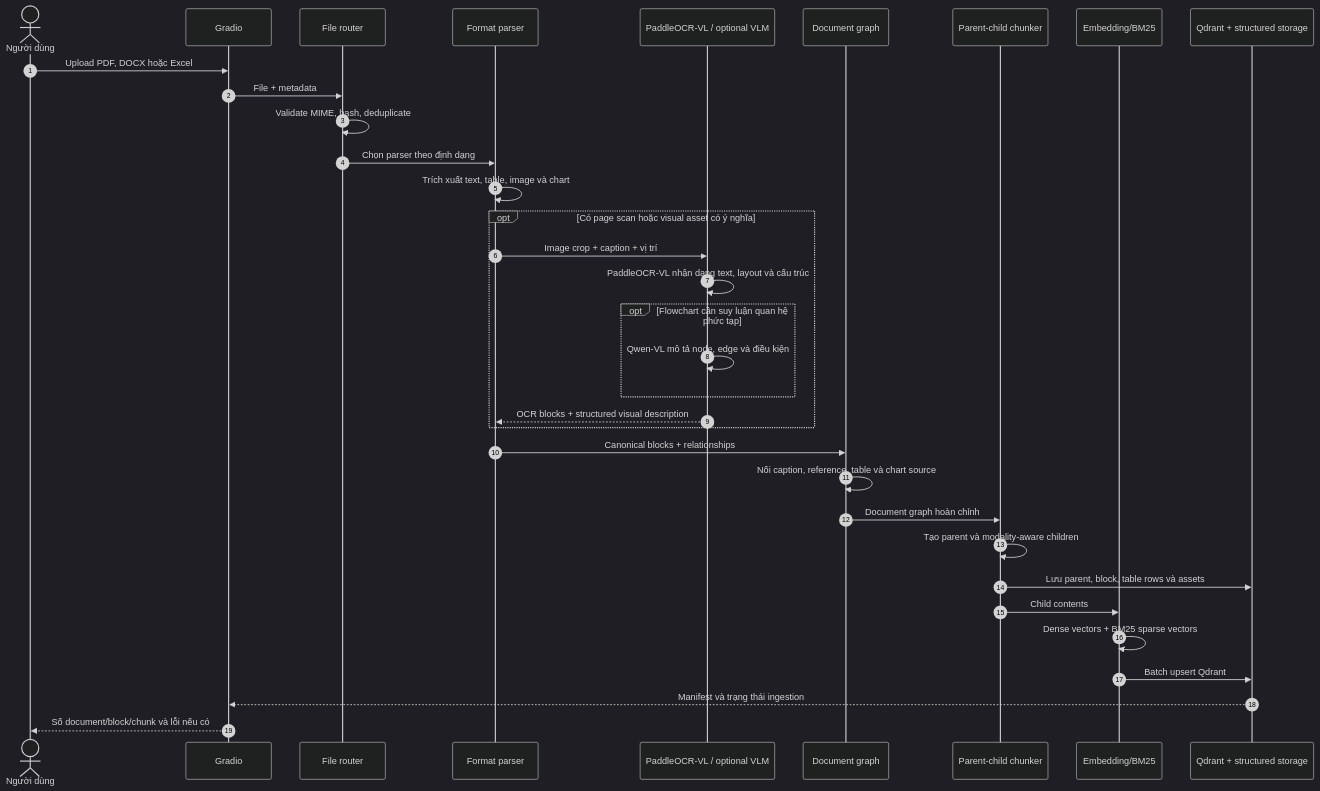
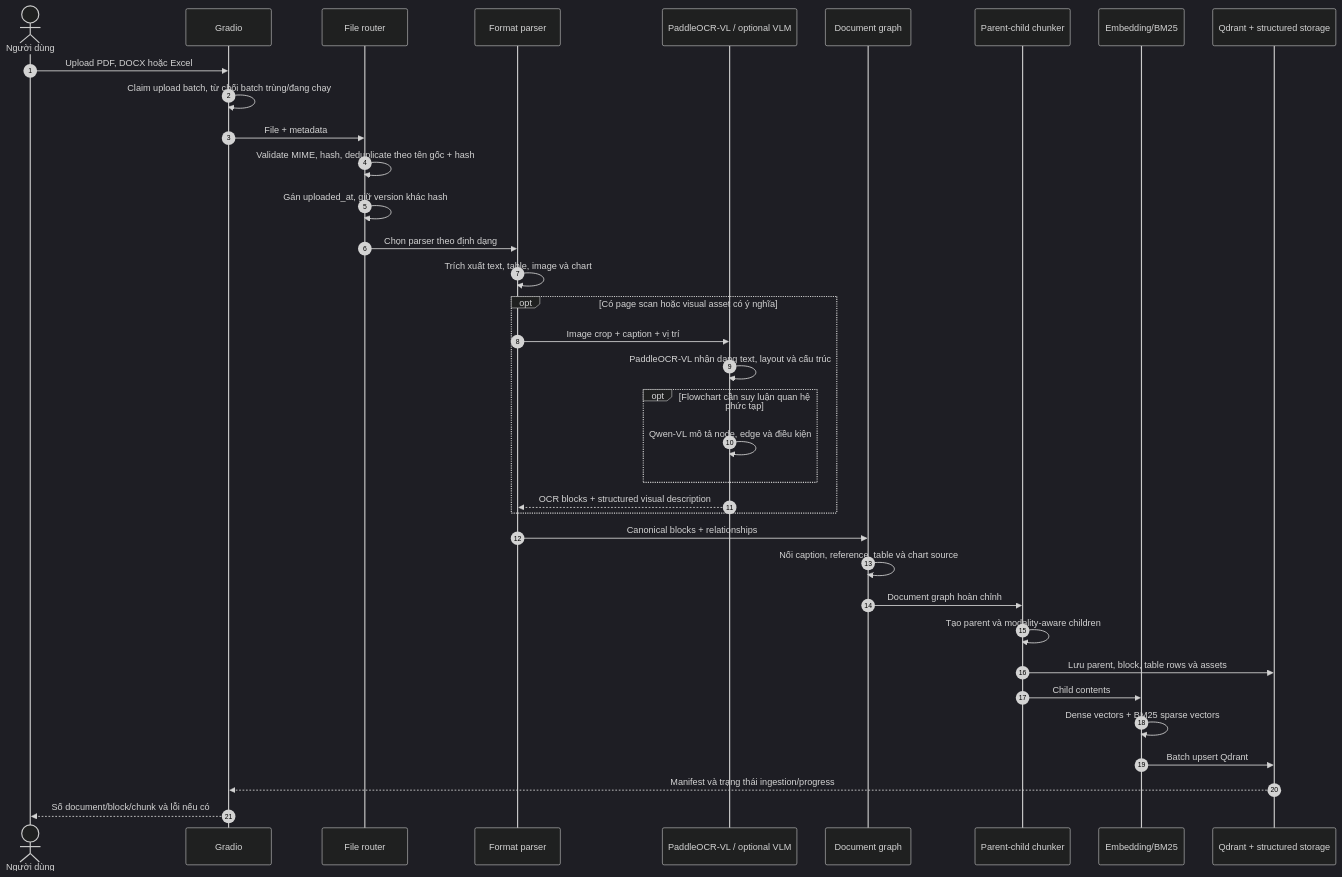
One commit to NhoDung/RAG-basic changed the third of 7 diagrams in Architecture.md. Above: the diagram before and after it, drawn with Mermaid (dark theme). The commit also changed other lines of this file and 10 other files, not shown here.

````diff
--- a/Architecture.md
+++ b/Architecture.md
@@ -236,39 +252,41 @@
 ```mermaid
 sequenceDiagram
     autonumber
     actor User as Người dùng
     participant UI as Gradio
     participant Router as File router
     participant Parser as Format parser
     participant Media as PaddleOCR-VL / optional VLM
     participant Graph as Document graph
     participant Chunker as Parent-child chunker
     participant Encoder as Embedding/BM25
     participant Store as Qdrant + structured storage
 
     User->>UI: Upload PDF, DOCX hoặc Excel
+    UI->>UI: Claim upload batch, từ chối batch trùng/đang chạy
     UI->>Router: File + metadata
-    Router->>Router: Validate MIME, hash, deduplicate
+    Router->>Router: Validate MIME, hash, deduplicate theo tên gốc + hash
+    Router->>Router: Gán uploaded_at, giữ version khác hash
     Router->>Parser: Chọn parser theo định dạng
     Parser->>Parser: Trích xuất text, table, image và chart
 
     opt Có page scan hoặc visual asset có ý nghĩa
         Parser->>Media: Image crop + caption + vị trí
         Media->>Media: PaddleOCR-VL nhận dạng text, layout và cấu trúc
         opt Flowchart cần suy luận quan hệ phức tạp
             Media->>Media: Qwen-VL mô tả node, edge và điều kiện
         end
         Media-->>Parser: OCR blocks + structured visual description
     end
 
     Parser->>Graph: Canonical blocks + relationships
     Graph->>Graph: Nối caption, reference, table và chart source
     Graph->>Chunker: Document graph hoàn chỉnh
     Chunker->>Chunker: Tạo parent và modality-aware children
     Chunker->>Store: Lưu parent, block, table rows và assets
     Chunker->>Encoder: Child contents
     Encoder->>Encoder: Dense vectors + BM25 sparse vectors
     Encoder->>Store: Batch upsert Qdrant
-    Store-->>UI: Manifest và trạng thái ingestion
+    Store-->>UI: Manifest và trạng thái ingestion/progress
     UI-->>User: Số document/block/chunk và lỗi nếu có
 ```
````
